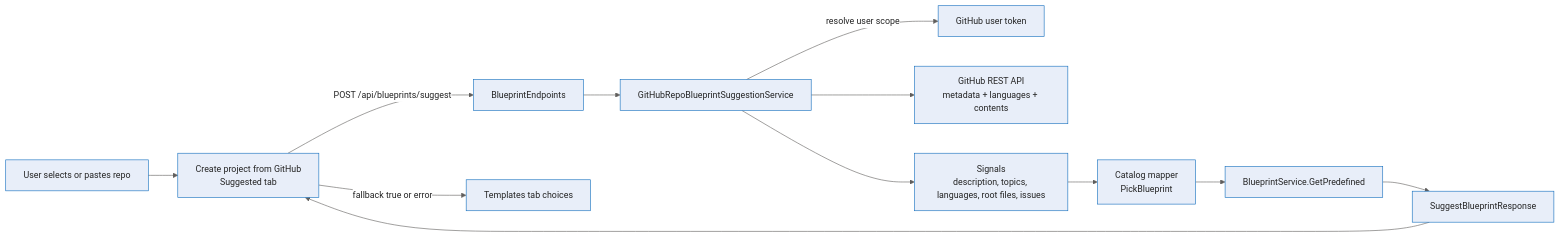
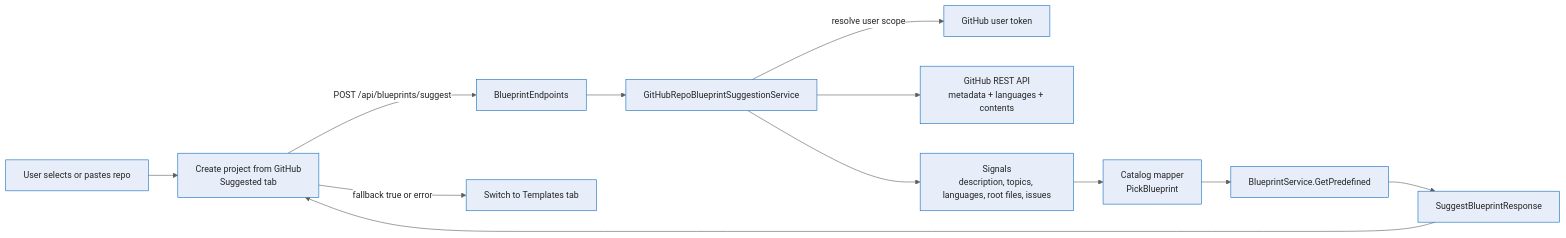
Before and after one commit to sabbour/agentweaver: the diagram in docs/deep-dive/repo-blueprint-suggestions.md, drawn with Mermaid. The commit also changed other lines of this file and 11 other files, not shown here.

````diff
--- a/docs/deep-dive/repo-blueprint-suggestions.md
+++ b/docs/deep-dive/repo-blueprint-suggestions.md
@@ -9,15 +9,15 @@
 ```mermaid
 %%{init: {'theme':'base','themeVariables':{'fontFamily':'Segoe UI, system-ui, -apple-system, sans-serif','fontSize':'15px','primaryColor':'#E8EEF9','primaryBorderColor':'#0F6CBD','primaryTextColor':'#242424','lineColor':'#605E5C','clusterBkg':'#FAF9F8','clusterBorder':'#D2D0CE','edgeLabelBackground':'#FFFFFF'}}}%%
 flowchart LR
     User[User selects or pastes repo] --> UI[Create project from GitHub<br/>Suggested tab]
     UI -->|POST /api/blueprints/suggest| Endpoint[BlueprintEndpoints]
     Endpoint --> Service[GitHubRepoBlueprintSuggestionService]
     Service -->|resolve user scope| Token[GitHub user token]
     Service --> GitHub[GitHub REST API<br/>metadata + languages + contents]
     Service --> Signals[Signals<br/>description, topics, languages, root files, issues]
     Signals --> Mapper[Catalog mapper<br/>PickBlueprint]
     Mapper --> Catalog[BlueprintService.GetPredefined]
     Catalog --> Response[SuggestBlueprintResponse]
     Response --> UI
-    UI -->|fallback true or error| Templates[Templates tab choices]
+    UI -->|fallback true or error| Templates[Switch to Templates tab]
 ```
````
